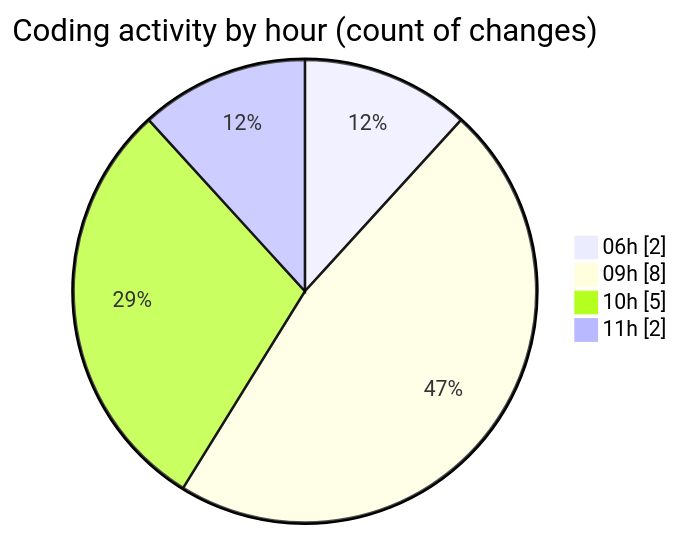
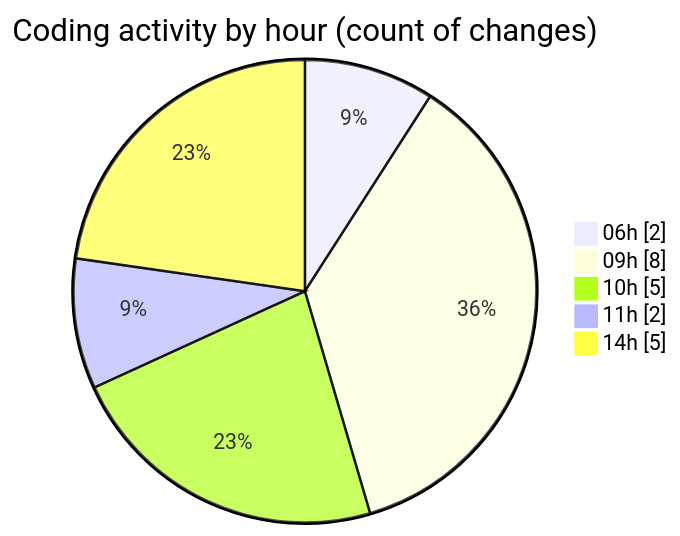
One commit to jadenblack/code-tracking changed the second of 2 diagrams in 2026-02-24/workbench__workspace_/README.md. Above: the diagram before and after it, drawn with Mermaid. The commit also changed other lines of this file and 1 other file, not shown here.

````diff
--- a/2026-02-24/workbench__workspace_/README.md
+++ b/2026-02-24/workbench__workspace_/README.md
@@ -32,8 +32,9 @@
 ```mermaid
 pie showData
 title Coding activity by hour (count of changes)
 "06h" : 2
 "09h" : 8
 "10h" : 5
 "11h" : 2
+"14h" : 5
 ```
````
